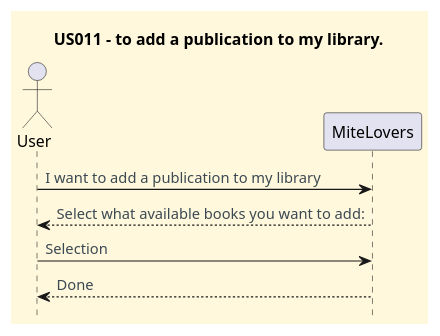
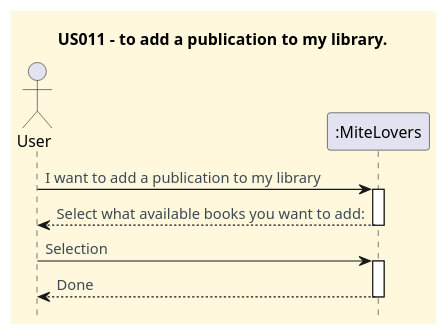
The diagram in docs/user-stories/US011/US011_add_publication_to_my_library_SSD.puml (CarolinaLeite-collab/JavaMarketplacePlatform), drawn with PlantUML before and after one commit. The commit also changed 3 other files, not shown here.

```diff
--- a/docs/user-stories/US011/US011_add_publication_to_my_library_SSD.puml
+++ b/docs/user-stories/US011/US011_add_publication_to_my_library_SSD.puml
@@ -1,25 +1,29 @@
 @startuml
 'https://plantuml.com/sequence-diagram
 hide footbox
 title US011 - to add a publication to my library.
 
 '==== basic style ====
 skinparam monochrome false
 skinparam shadowing false
 skinparam defaultFontName Futura
 skinparam objectFontSize 20
 skinparam backgroundColor CornSilk
 skinparam objectBackgroundColor WhiteSmoke
 skinparam noteBackgroundColor #FFFFE0
 skinparam ArrowFontColor #3B4953
 skinparam ActivationBackgroundColor black
 
 actor User
-participant "MiteLovers" as System
+participant ":MiteLovers" as System
 
 User -> System : I want to add a publication to my library
+activate System
 System --> User : Select what available books you want to add:
+deactivate System
 User -> System : Selection
+activate System
 System --> User : Done
+deactivate System
 
 @enduml
```
